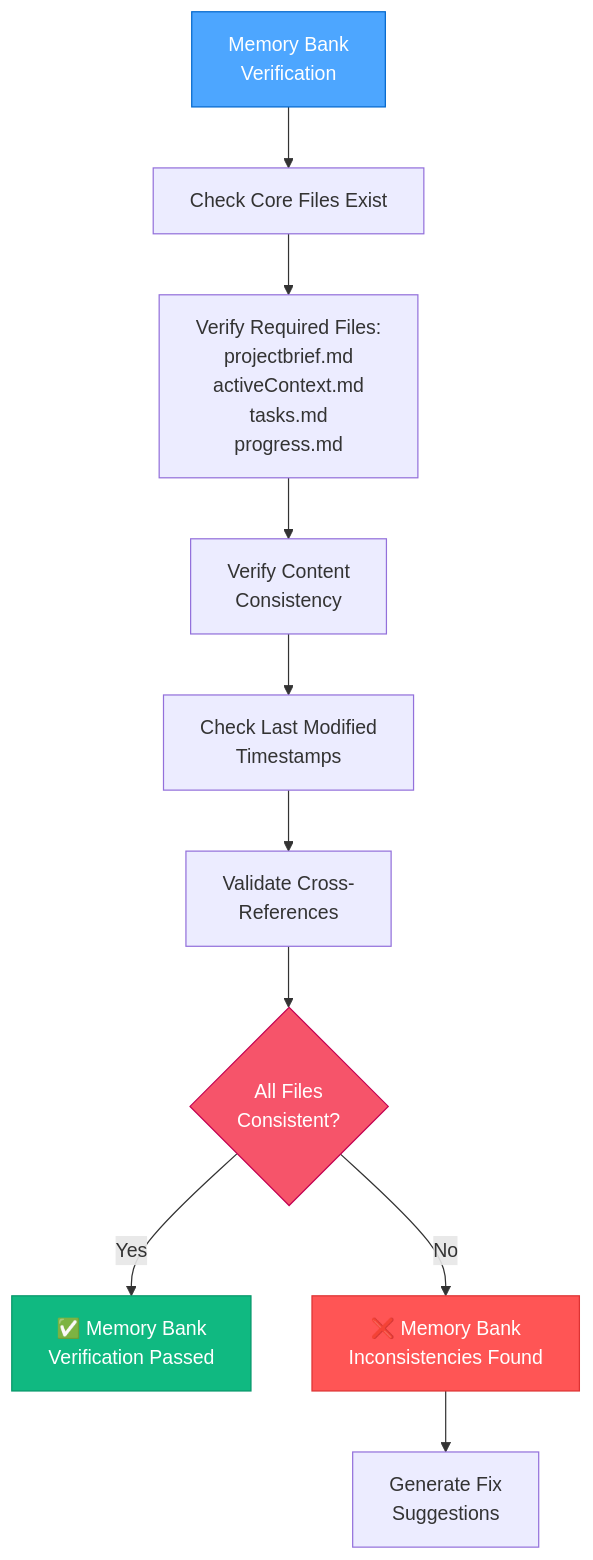
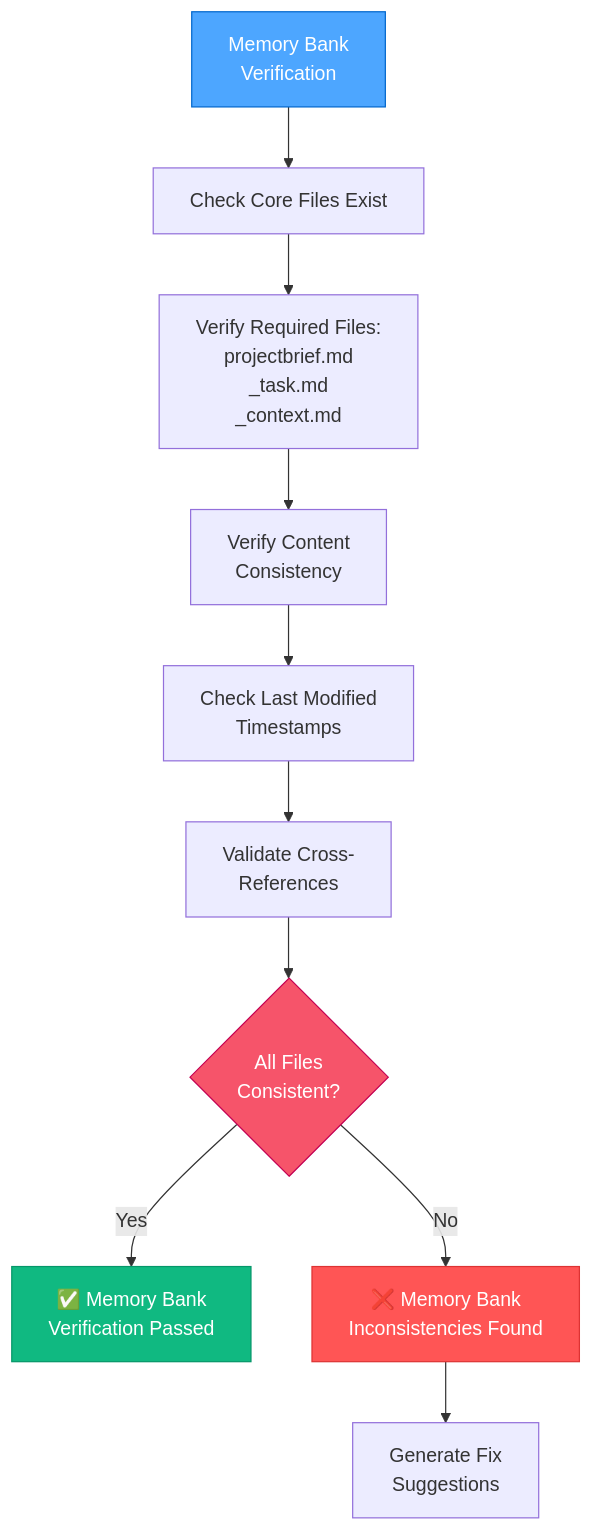
Before and after one commit to vanzan01/cursor-memory-bank: the third of 10 diagrams in .cursor/rules/isolation_rules/visual-maps/qa-mode-map.mdc, drawn with Mermaid. The commit also changed other lines of this file and 52 other files, not shown here.

Commit message:
Добавлены новые правила для управления активными задачами и генерации сообщений коммитов. Обновлены существующие правила для улучшения логики обработки контекста и управления задачами. Включены инструкции по созданию заметок для релиза и улучшены диаграммы процесса для режимов ARCHIVE и CREATIVE.

````diff
--- a/.cursor/rules/isolation_rules/visual-maps/qa-mode-map.mdc
+++ b/.cursor/rules/isolation_rules/visual-maps/qa-mode-map.mdc
@@ -117,20 +117,20 @@
 ```mermaid
 graph TD
     MBVS["Memory Bank<br>Verification"] --> CoreCheck["Check Core Files Exist"]
-    CoreCheck --> CoreFiles["Verify Required Files:<br>projectbrief.md<br>activeContext.md<br>tasks.md<br>progress.md"]
+    CoreCheck --> CoreFiles["Verify Required Files:<br>projectbrief.md<br>_task.md<br>_context.md"]
 
     CoreFiles --> ContentCheck["Verify Content<br>Consistency"]
     ContentCheck --> LastModified["Check Last Modified<br>Timestamps"]
     LastModified --> CrossRef["Validate Cross-<br>References"]
 
     CrossRef --> ConsistencyCheck{"All Files<br>Consistent?"}
     ConsistencyCheck -->|"Yes"| PassMB["✅ Memory Bank<br>Verification Passed"]
     ConsistencyCheck -->|"No"| FailMB["❌ Memory Bank<br>Inconsistencies Found"]
 
     FailMB --> FixSuggestions["Generate Fix<br>Suggestions"]
 
     style MBVS fill:#4da6ff,stroke:#0066cc,color:white
     style ConsistencyCheck fill:#f6546a,stroke:#c30052,color:white
     style PassMB fill:#10b981,stroke:#059669,color:white
     style FailMB fill:#ff5555,stroke:#dd3333,color:white
 ```
````
